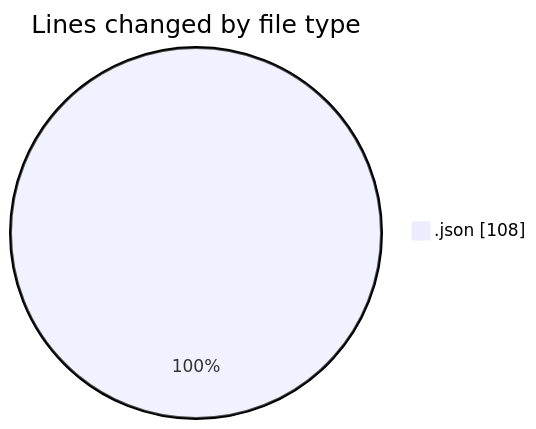
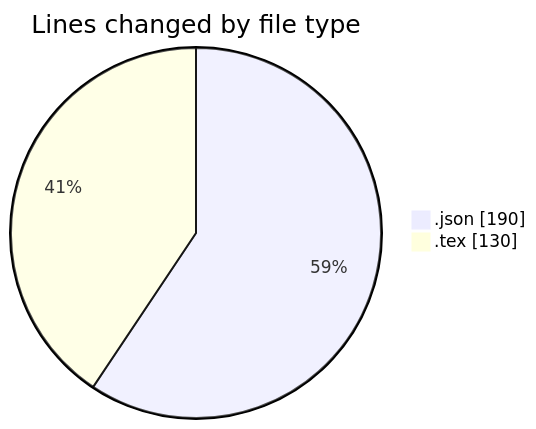
The first of 2 diagrams in 2025-04-08/myws__workspace_/README.md (MatusMokan/code-tracking), drawn with Mermaid before and after one commit. The commit also changed other lines of this file and 1 other file, not shown here.

````diff
--- a/2025-04-08/myws__workspace_/README.md
+++ b/2025-04-08/myws__workspace_/README.md
@@ -20,5 +21,6 @@
 ```mermaid
 pie showData
 title Lines changed by file type
-".json" : 108
+".json" : 190
+".tex" : 130
 ```
````
